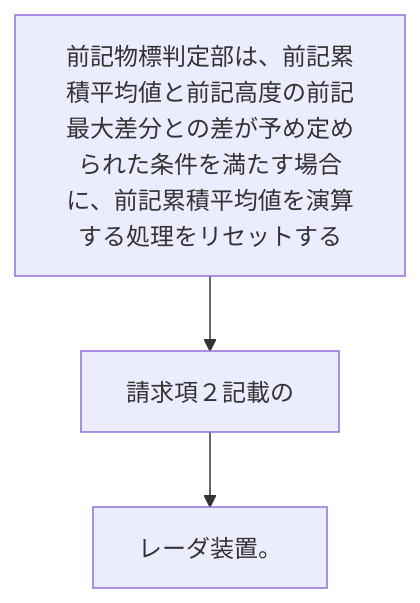
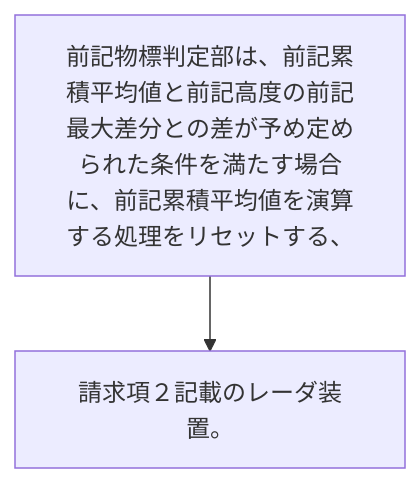
One commit to shinmori55/patent_analyzed changed the diagram in 2024/JP2024021637A/claim_3/README.md. Above: the diagram before and after it, drawn with Mermaid. The commit also changed 336 other files, not shown here.

````diff
--- a/2024/JP2024021637A/claim_3/README.md
+++ b/2024/JP2024021637A/claim_3/README.md
@@ -3,8 +3,6 @@
 ```mermaid
 flowchart TD
-A[前記物標判定部は、前記累積平均値と前記高度の前記最大差分との差が予め定められた条件を満たす場合に、前記累積平均値を演算する処理をリセットする]
-B[請求項２記載の]
-C[レーダ装置。]
+A[前記物標判定部は、前記累積平均値と前記高度の前記最大差分との差が予め定められた条件を満たす場合に、前記累積平均値を演算する処理をリセットする、]
+B[請求項２記載のレーダ装置。]
 A --> B
-B --> C
 ```
````
